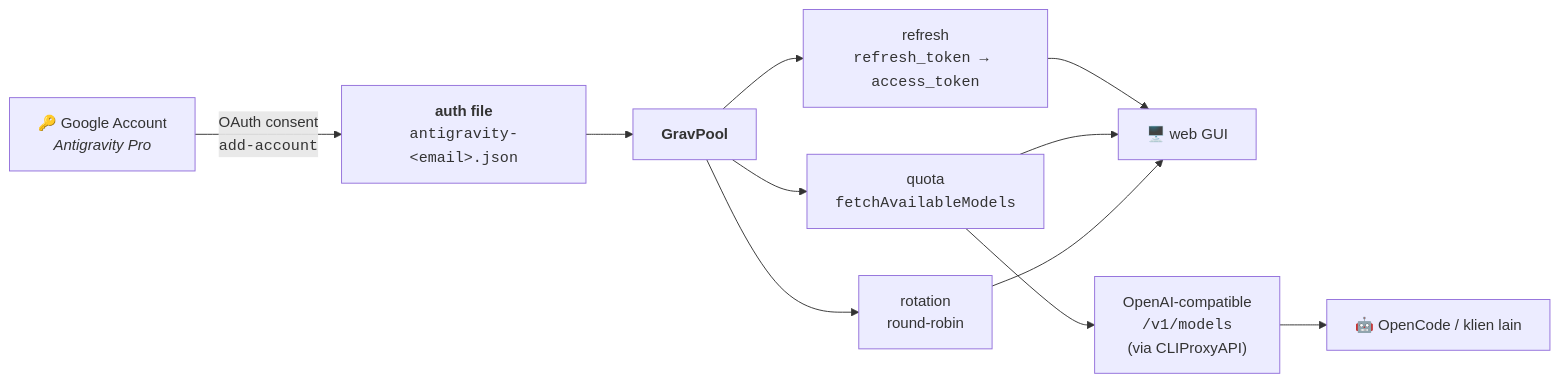
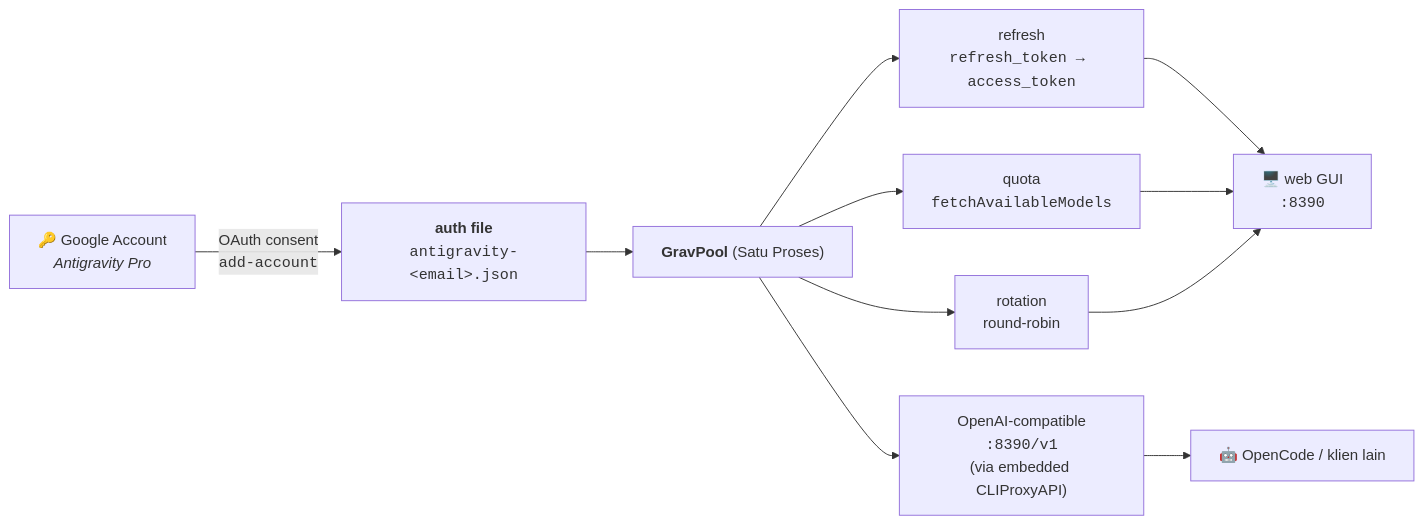
Before and after one commit to ghostedmyself/gravpool: the diagram in README.md, drawn with Mermaid. The commit also changed other lines of this file and 13 other files, not shown here.

````diff
--- a/README.md
+++ b/README.md
@@ -41,13 +41,13 @@
 ```mermaid
 flowchart LR
     A["🔑 Google Account<br/><i>Antigravity Pro</i>"] -->|"OAuth consent<br/><code>add-account</code>"| C["<b>auth file</b><br/><code>antigravity-&lt;email&gt;.json</code>"]
-    C --> D["<b>GravPool</b>"]
+    C --> D["<b>GravPool</b> (Satu Proses)"]
     D --> E["refresh<br/><code>refresh_token → access_token</code>"]
     D --> F["quota<br/><code>fetchAvailableModels</code>"]
     D --> G["rotation<br/>round-robin"]
-    E --> H["🖥️ web GUI"]
+    E --> H["🖥️ web GUI<br/><code>:8390</code>"]
     F --> H
     G --> H
-    F --> I["OpenAI-compatible<br/><code>/v1/models</code><br/>(via CLIProxyAPI)"]
+    D --> I["OpenAI-compatible<br/><code>:8390/v1</code><br/>(via embedded CLIProxyAPI)"]
     I --> J["🤖 OpenCode / klien lain"]
 ```
````
